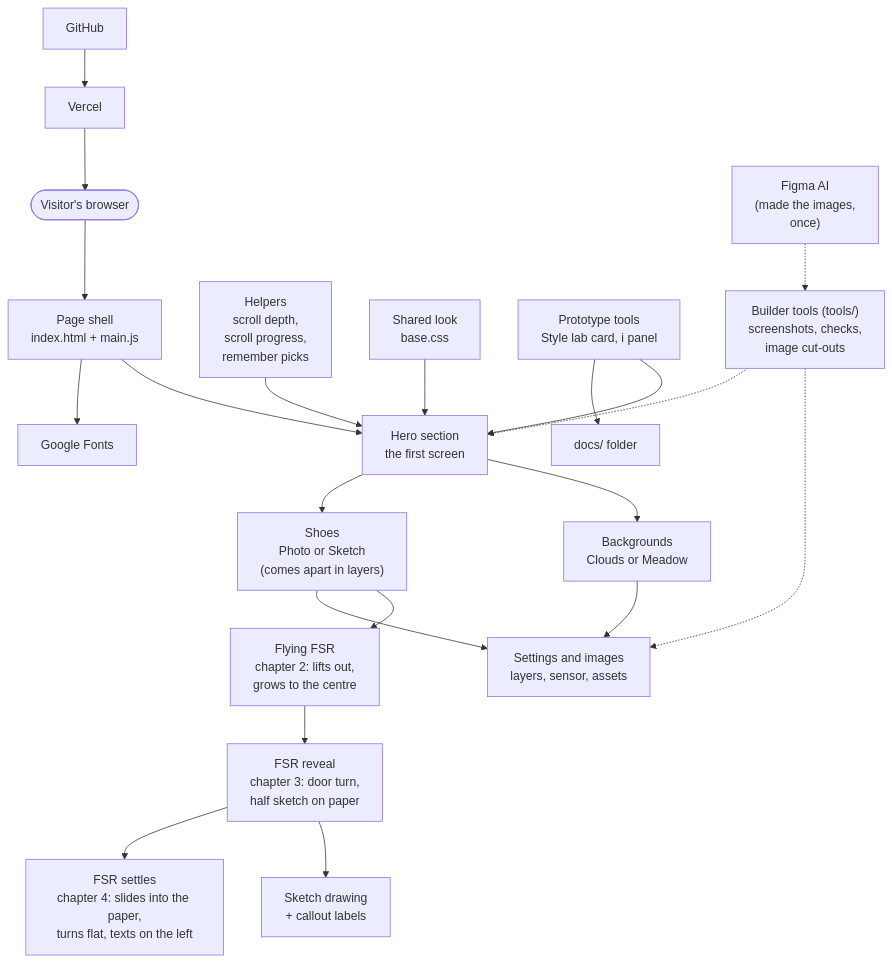
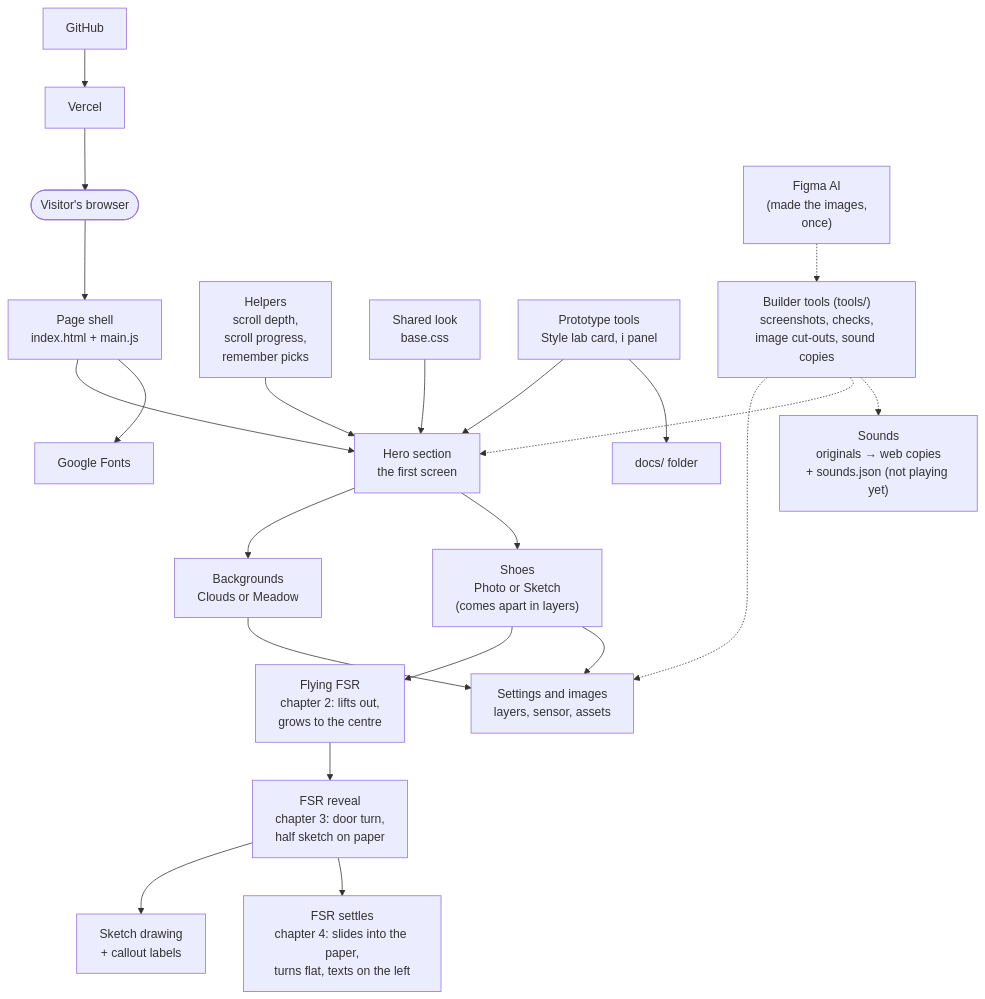
One commit to Veruzka/magic-shoes-presentation changed the diagram in docs/architecture.md. Above: the diagram before and after it, drawn with Mermaid. The commit also changed other lines of this file and 26 other files, not shown here.

Commit message:
Sound library: folders, sounds.json catalog, web-copy script and docs

````diff
--- a/docs/architecture.md
+++ b/docs/architecture.md
@@ -3,39 +3,41 @@
 ```mermaid
 flowchart TD
   visitor(["Visitor's browser"])
   page["Page shell<br/>index.html + main.js"]
   hero["Hero section<br/>the first screen"]
   bg["Backgrounds<br/>Clouds or Meadow"]
   shoe["Shoes<br/>Photo or Sketch<br/>(comes apart in layers)"]
   flight["Flying FSR<br/>chapter 2: lifts out,<br/>grows to the centre"]
   reveal["FSR reveal<br/>chapter 3: door turn,<br/>half sketch on paper"]
   sketch["Sketch drawing<br/>+ callout labels"]
   settle["FSR settles<br/>chapter 4: slides into the paper,<br/>turns flat, texts on the left"]
   data["Settings and images<br/>layers, sensor, assets"]
   helpers["Helpers<br/>scroll depth,<br/>scroll progress,<br/>remember picks"]
   styles["Shared look<br/>base.css"]
   tools["Prototype tools<br/>Style lab card, i panel"]
   docs["docs/ folder"]
   github["GitHub"]
   vercel["Vercel"]
   fonts["Google Fonts"]
   figma["Figma AI<br/>(made the images,<br/>once)"]
-  devtools["Builder tools (tools/)<br/>screenshots, checks,<br/>image cut-outs"]
+  devtools["Builder tools (tools/)<br/>screenshots, checks,<br/>image cut-outs, sound copies"]
+  sounds["Sounds<br/>originals → web copies<br/>+ sounds.json (not playing yet)"]
 
   visitor --> page --> hero
   hero --> bg
   hero --> shoe
   shoe --> flight
   flight --> reveal --> sketch
   reveal --> settle
   bg --> data
   shoe --> data
   helpers --> hero
   styles --> hero
   tools --> hero
   tools --> docs
   page --> fonts
   github --> vercel --> visitor
   figma -.-> devtools -.-> data
   devtools -.-> hero
+  devtools -.-> sounds
 ```
````
